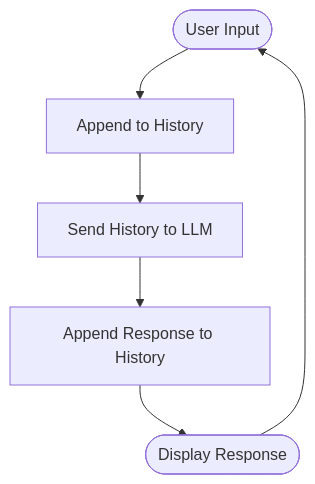
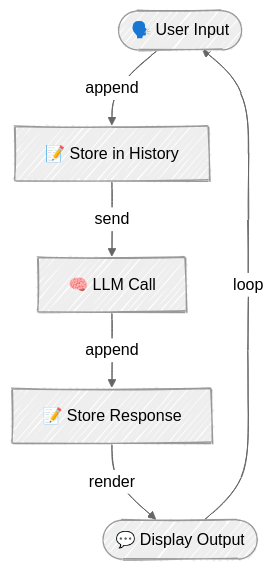
The diagram in 01-foundations/03-chat/README.md (agenticloops-ai/agentic-ai-engineering), drawn with Mermaid before and after one commit. The commit also changed other lines of this file and 4 other files, not shown here.

Commit message:
refactor(foundations): improve diagrams

````diff
--- a/01-foundations/03-chat/README.md
+++ b/01-foundations/03-chat/README.md
@@ -33,8 +33,13 @@
 ```mermaid
+---
+config:
+  look: handDrawn
+  theme: neutral
+---
 flowchart TD
-    A([User Input]) --> B[Append to History]
-    B --> C[Send History to LLM]
-    C --> D[Append Response to History]
-    D --> E([Display Response])
-    E --> A
+    A(["🗣️ User Input      "]) -->|append| B["📝 Store in History "]
+    B -->|send| C["🧠 LLM Call       "]
+    C -->|append| D["📝 Store Response   "]
+    D -->|render| E(["💬 Display Output   "])
+    E -->|loop| A
 ```
````
